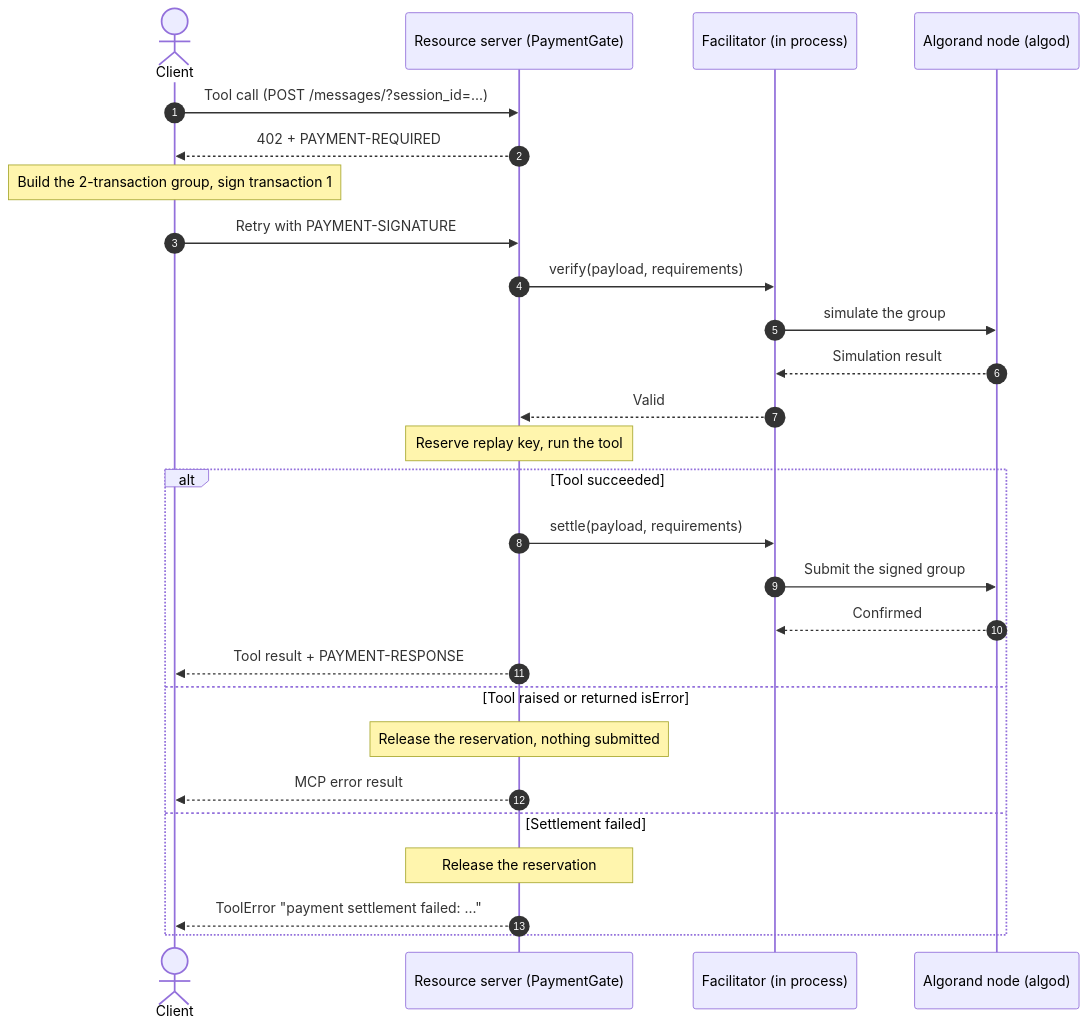
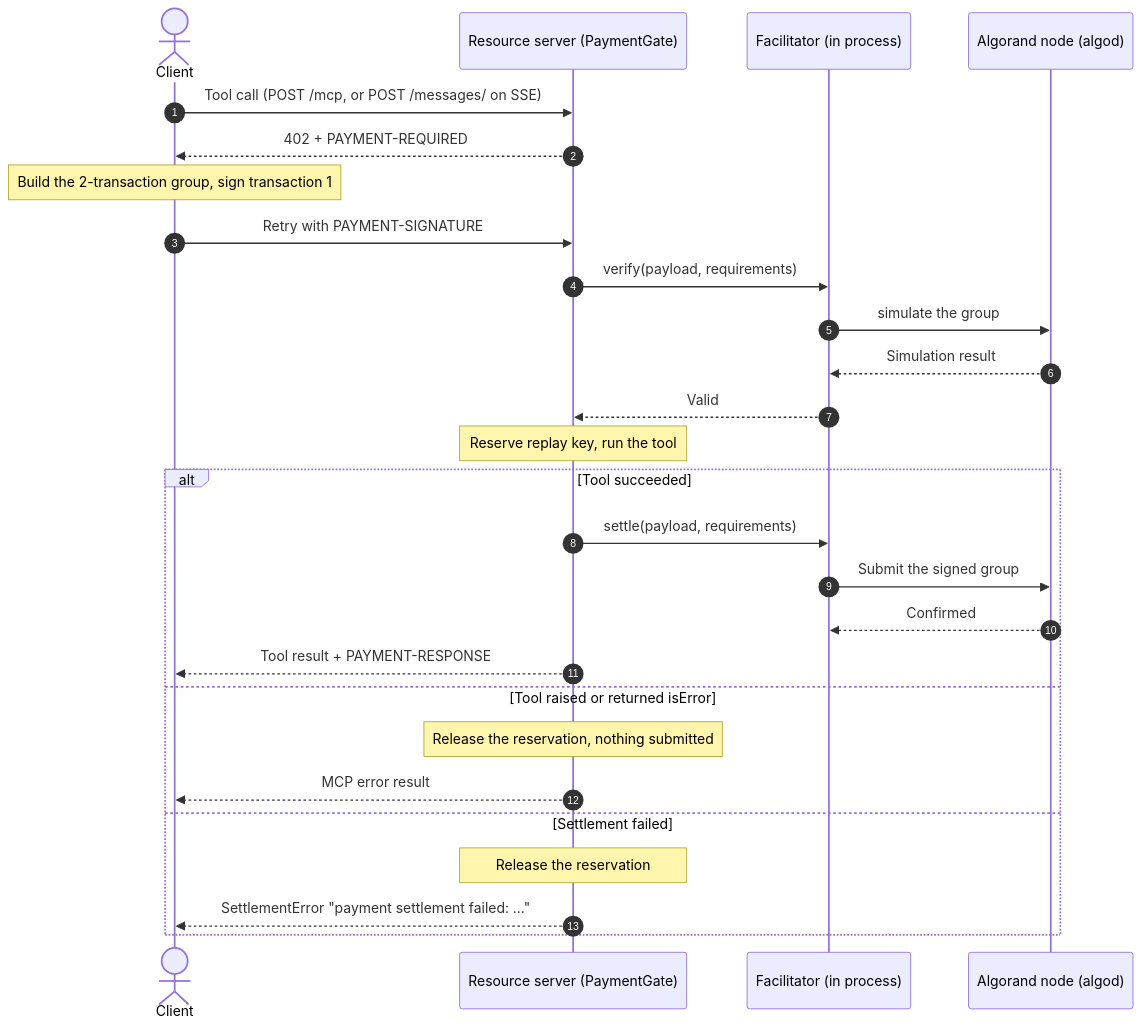
Before and after one commit to x402-avm/x402-avm.github.io: the diagram in how-it-works.mdx, drawn with Mermaid. The commit also changed other lines of this file and 153 other files, not shown here.

````diff
--- a/how-it-works.mdx
+++ b/how-it-works.mdx
@@ -18,30 +18,30 @@
 ```mermaid
 sequenceDiagram
     autonumber
     actor Client
     participant Gate as Resource server (PaymentGate)
     participant Fac as Facilitator (in process)
     participant Algod as Algorand node (algod)
 
-    Client->>Gate: Tool call (POST /messages/?session_id=...)
+    Client->>Gate: Tool call (POST /mcp, or POST /messages/ on SSE)
     Gate-->>Client: 402 + PAYMENT-REQUIRED
     Note over Client: Build the 2-transaction group, sign transaction 1
     Client->>Gate: Retry with PAYMENT-SIGNATURE
     Gate->>Fac: verify(payload, requirements)
     Fac->>Algod: simulate the group
     Algod-->>Fac: Simulation result
     Fac-->>Gate: Valid
     Note over Gate: Reserve replay key, run the tool
     alt Tool succeeded
         Gate->>Fac: settle(payload, requirements)
         Fac->>Algod: Submit the signed group
         Algod-->>Fac: Confirmed
         Gate-->>Client: Tool result + PAYMENT-RESPONSE
     else Tool raised or returned isError
         Note over Gate: Release the reservation, nothing submitted
         Gate-->>Client: MCP error result
     else Settlement failed
         Note over Gate: Release the reservation
-        Gate-->>Client: ToolError "payment settlement failed: ..."
+        Gate-->>Client: SettlementError "payment settlement failed: ..."
     end
 ```
````
